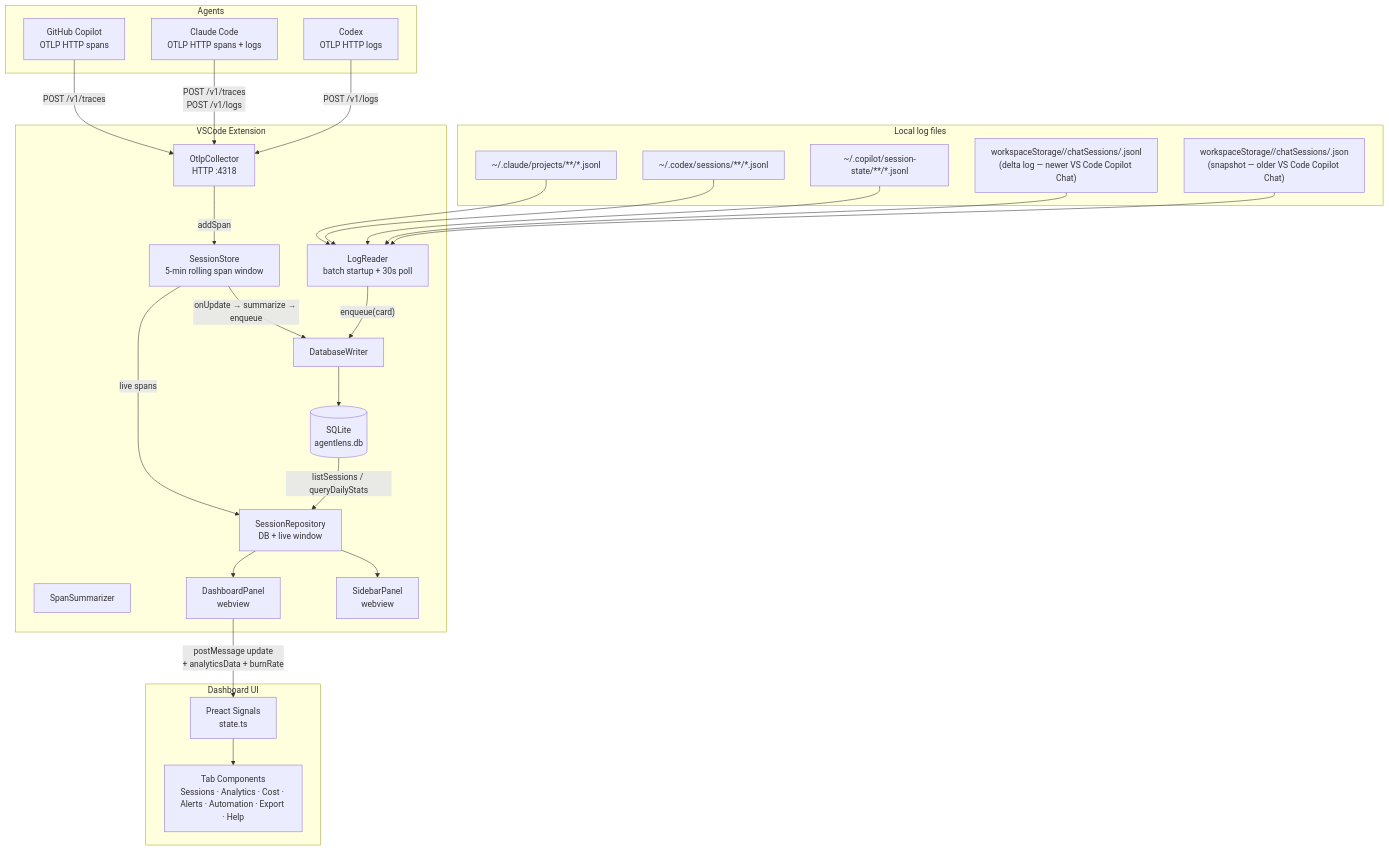
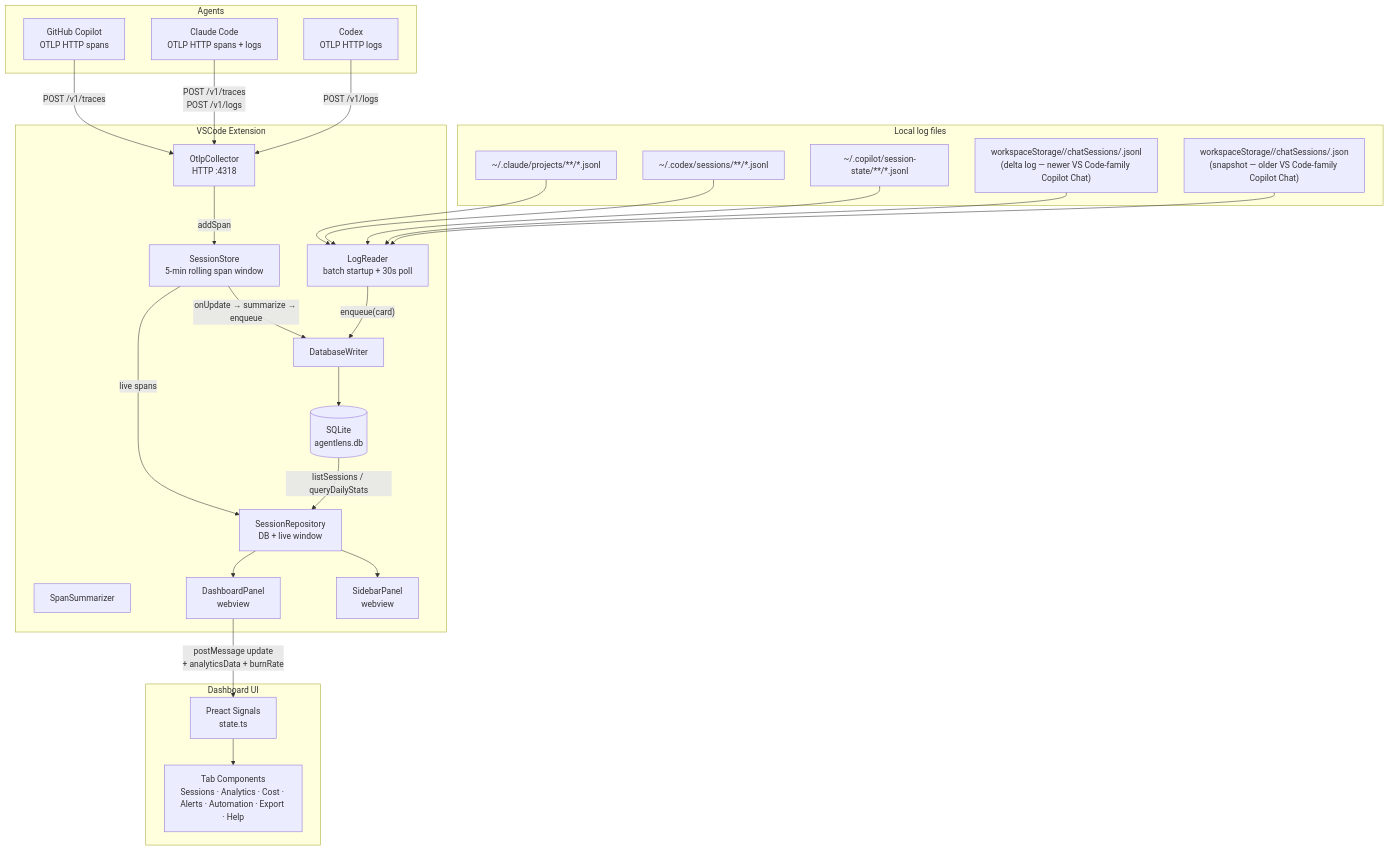
The first of 19 diagrams in ARCHITECTURE.md (RogerReed/agentlens), drawn with Mermaid before and after one commit. The commit also changed other lines of this file and 4 other files, not shown here.

First line of the commit message:
feat: scan all VS Code-family IDEs for Copilot Chat workspace storage

````diff
--- a/ARCHITECTURE.md
+++ b/ARCHITECTURE.md
@@ -27,52 +27,52 @@
 ```mermaid
 graph TB
     subgraph Agents
         CP[GitHub Copilot<br/>OTLP HTTP spans]
         CC[Claude Code<br/>OTLP HTTP spans + logs]
         CX[Codex<br/>OTLP HTTP logs]
     end
 
     subgraph LocalLogs["Local log files"]
         CL_LOGS["~/.claude/projects/**/*.jsonl"]
         CX_LOGS["~/.codex/sessions/**/*.jsonl"]
         CP_LOGS["~/.copilot/session-state/**/*.jsonl"]
-        CP_VS["workspaceStorage/<hash>/chatSessions/<uuid>.jsonl<br/>(delta log — newer VS Code Copilot Chat)"]
-        CP_JSON["workspaceStorage/<hash>/chatSessions/<uuid>.json<br/>(snapshot — older VS Code Copilot Chat)"]
+        CP_VS["workspaceStorage/<hash>/chatSessions/<uuid>.jsonl<br/>(delta log — newer VS Code-family Copilot Chat)"]
+        CP_JSON["workspaceStorage/<hash>/chatSessions/<uuid>.json<br/>(snapshot — older VS Code-family Copilot Chat)"]
     end
 
     subgraph VSCode Extension
         COL[OtlpCollector<br/>HTTP :4318]
         LR[LogReader<br/>batch startup + 30s poll]
         STO[SessionStore<br/>5-min rolling span window]
         SUM[SpanSummarizer]
         WRI[DatabaseWriter]
         DB[(SQLite<br/>agentlens.db)]
         REPO[SessionRepository<br/>DB + live window]
         SID[SidebarPanel<br/>webview]
         DASH[DashboardPanel<br/>webview]
     end
 
     subgraph Dashboard UI
         STATE[Preact Signals<br/>state.ts]
         TABS[Tab Components<br/>Sessions · Analytics · Cost · Alerts · Automation · Export · Help]
     end
 
     CP -- "POST /v1/traces" --> COL
     CC -- "POST /v1/traces<br/>POST /v1/logs" --> COL
     CX -- "POST /v1/logs" --> COL
 
     COL -- addSpan --> STO
     STO -- onUpdate → summarize → enqueue --> WRI
 
     CL_LOGS & CX_LOGS & CP_LOGS & CP_VS & CP_JSON --> LR
     LR -- "enqueue(card)" --> WRI
 
     WRI --> DB
     DB -- listSessions / queryDailyStats --> REPO
     STO -- live spans --> REPO
     REPO --> SID
     REPO --> DASH
 
     DASH -- "postMessage update<br/>+ analyticsData + burnRate" --> STATE
     STATE --> TABS
 ```
````
